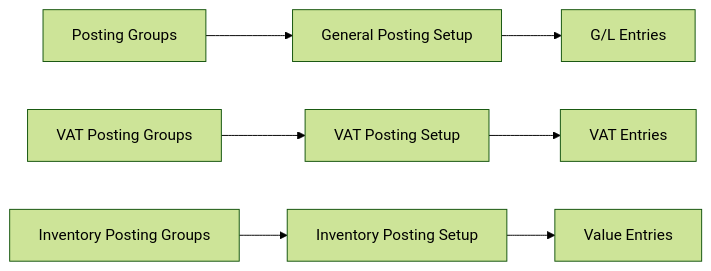
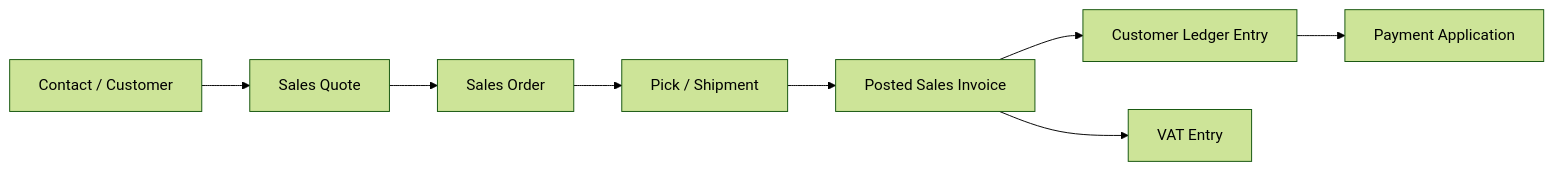
The third of 10 diagrams in FiBu_Buch_BC_Standardprozesse_DE_Master_Blueprint.md (sivla/FiBu), drawn with Mermaid (forest theme) before and after one commit. The commit also changed other lines of this file and 2 other files, not shown here.

````diff
--- a/FiBu_Buch_BC_Standardprozesse_DE_Master_Blueprint.md
+++ b/FiBu_Buch_BC_Standardprozesse_DE_Master_Blueprint.md
@@ -152,9 +340,10 @@
 ```mermaid
 flowchart LR
-    A["Posting Groups"] --> D["General Posting Setup"]
-    B["VAT Posting Groups"] --> E["VAT Posting Setup"]
-    C["Inventory Posting Groups"] --> F["Inventory Posting Setup"]
-    D --> G["G/L Entries"]
-    E --> H["VAT Entries"]
-    F --> I["Value Entries"]
+    A["Contact / Customer"] --> B["Sales Quote"]
+    B --> C["Sales Order"]
+    C --> D["Pick / Shipment"]
+    D --> E["Posted Sales Invoice"]
+    E --> F["Customer Ledger Entry"]
+    E --> G["VAT Entry"]
+    F --> H["Payment Application"]
 ```
````
